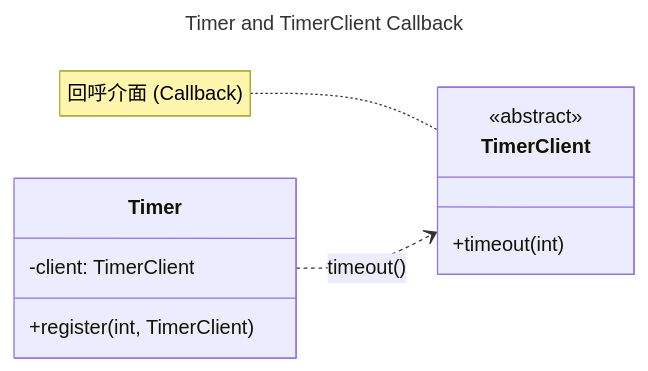
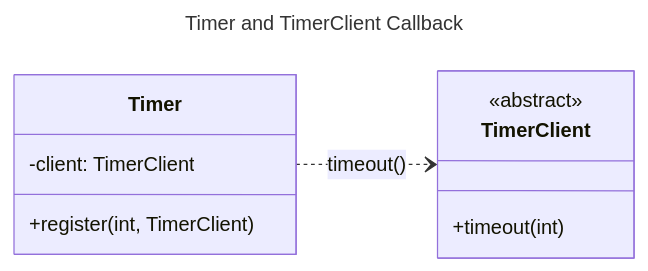
The seventh of 17 diagrams in Part3_Principle/ch08_oo.md (nlhsueh/teach_sw_fw), drawn with Mermaid before and after one commit. The commit also changed other lines of this file, not shown here.

Commit message:
style: replace colons with hyphens in Mermaid titles for better compatibility

````diff
--- a/Part3_Principle/ch08_oo.md
+++ b/Part3_Principle/ch08_oo.md
@@ -471,18 +475,16 @@
 ```mermaid
 ---
 title: Timer and TimerClient Callback
 ---
 classDiagram
     direction LR
     class Timer {
         -client: TimerClient
         +register(int, TimerClient)
     }
     class TimerClient {
         <<abstract>>
         +timeout(int)
     }
     Timer ..> TimerClient: timeout()
-
-    note for TimerClient "回呼介面 (Callback)"
 ```
````
